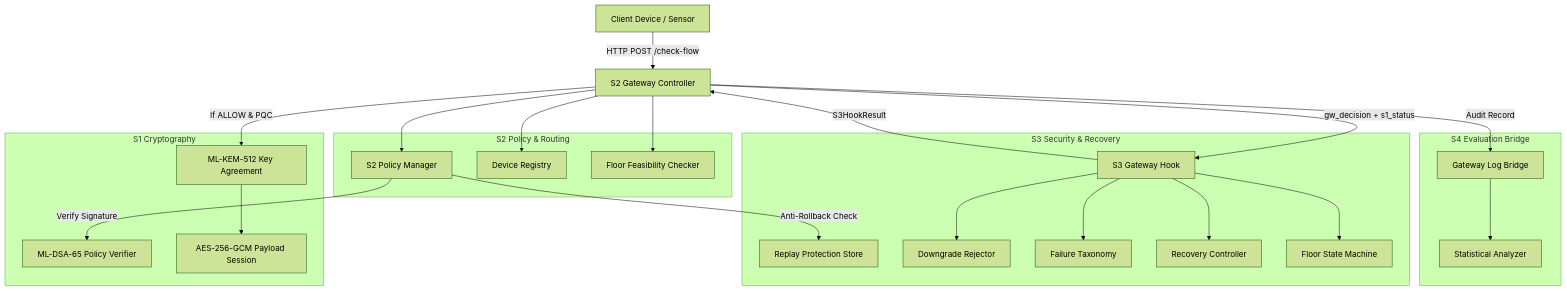
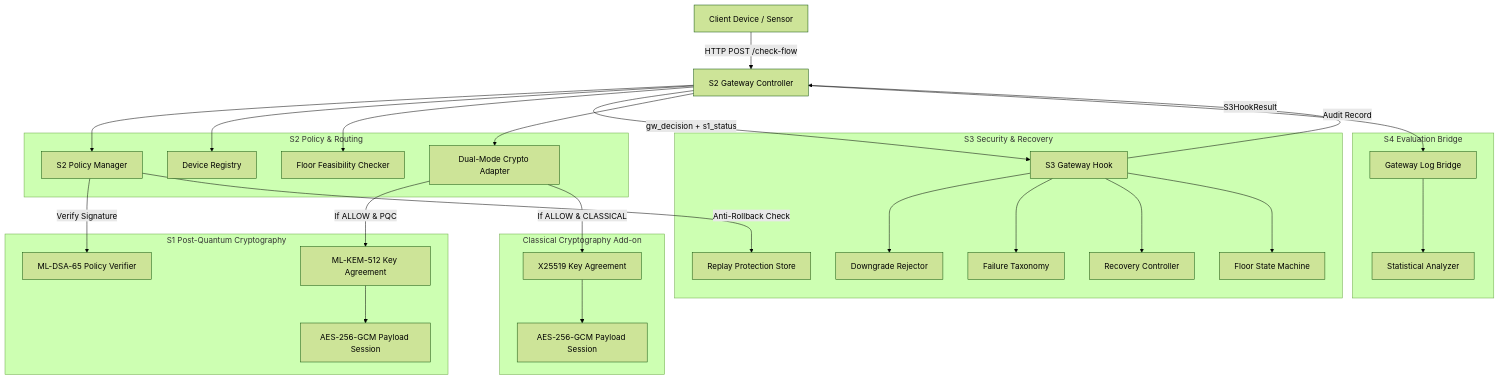
The first of 2 diagrams in docs/ARCHITECTURE.md (preksha-07/QERIS), drawn with Mermaid (forest theme) before and after one commit. The commit also changed other lines of this file and 21 other files, not shown here.

Commit message:
Integrate classical cryptography add-on (X25519 + HKDF + AES-GCM) with dual-mode gateway

````diff
--- a/docs/ARCHITECTURE.md
+++ b/docs/ARCHITECTURE.md
@@ -19,48 +25,57 @@
 ```mermaid
 flowchart TD
     Client[Client Device / Sensor] -->|HTTP POST /check-flow| S2[S2 Gateway Controller]
     
-    subgraph S1_Crypto [S1 Cryptography]
+    subgraph S1_Crypto [S1 Post-Quantum Cryptography]
         S1_DSA[ML-DSA-65 Policy Verifier]
         S1_KEM[ML-KEM-512 Key Agreement]
         S1_GCM[AES-256-GCM Payload Session]
+    end
+
+    subgraph Classical_Crypto [Classical Cryptography Add-on]
+        C_X25519[X25519 Key Agreement]
+        C_GCM[AES-256-GCM Payload Session]
     end
     
     subgraph S2_Policy [S2 Policy & Routing]
         S2_PM[S2 Policy Manager]
         S2_Dev[Device Registry]
         S2_Floor[Floor Feasibility Checker]
+        S2_Adapter[Dual-Mode Crypto Adapter]
     end
     
     subgraph S3_Security [S3 Security & Recovery]
         S3_Hook[S3 Gateway Hook]
         S3_Replay[Replay Protection Store]
         S3_Rejector[Downgrade Rejector]
         S3_Taxonomy[Failure Taxonomy]
         S3_Recovery[Recovery Controller]
         S3_FSM[Floor State Machine]
     end
 
     subgraph S4_Analytics [S4 Evaluation Bridge]
         S4_Bridge[Gateway Log Bridge]
         S4_Stats[Statistical Analyzer]
     end
 
     S2 --> S2_PM
     S2_PM -->|Verify Signature| S1_DSA
     S2_PM -->|Anti-Rollback Check| S3_Replay
     S2 --> S2_Dev
     S2 --> S2_Floor
     S2 -->|gw_decision + s1_status| S3_Hook
     S3_Hook --> S3_Rejector
     S3_Hook --> S3_Taxonomy
     S3_Hook --> S3_Recovery
     S3_Hook --> S3_FSM
     S3_Hook -->|S3HookResult| S2
     
-    S2 -->|If ALLOW & PQC| S1_KEM
+    S2 --> S2_Adapter
+    S2_Adapter -->|If ALLOW & PQC| S1_KEM
     S1_KEM --> S1_GCM
+    S2_Adapter -->|If ALLOW & CLASSICAL| C_X25519
+    C_X25519 --> C_GCM
     
     S2 -->|Audit Record| S4_Bridge
     S4_Bridge --> S4_Stats
 ```
````
